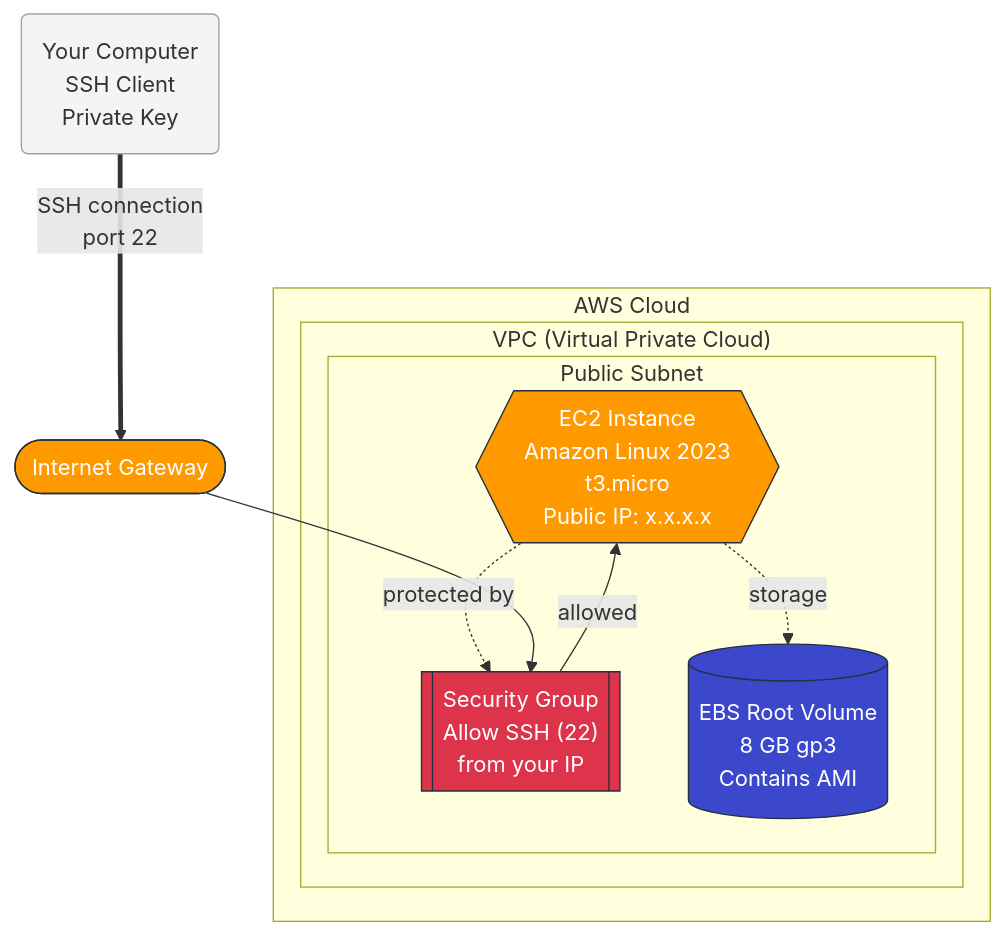
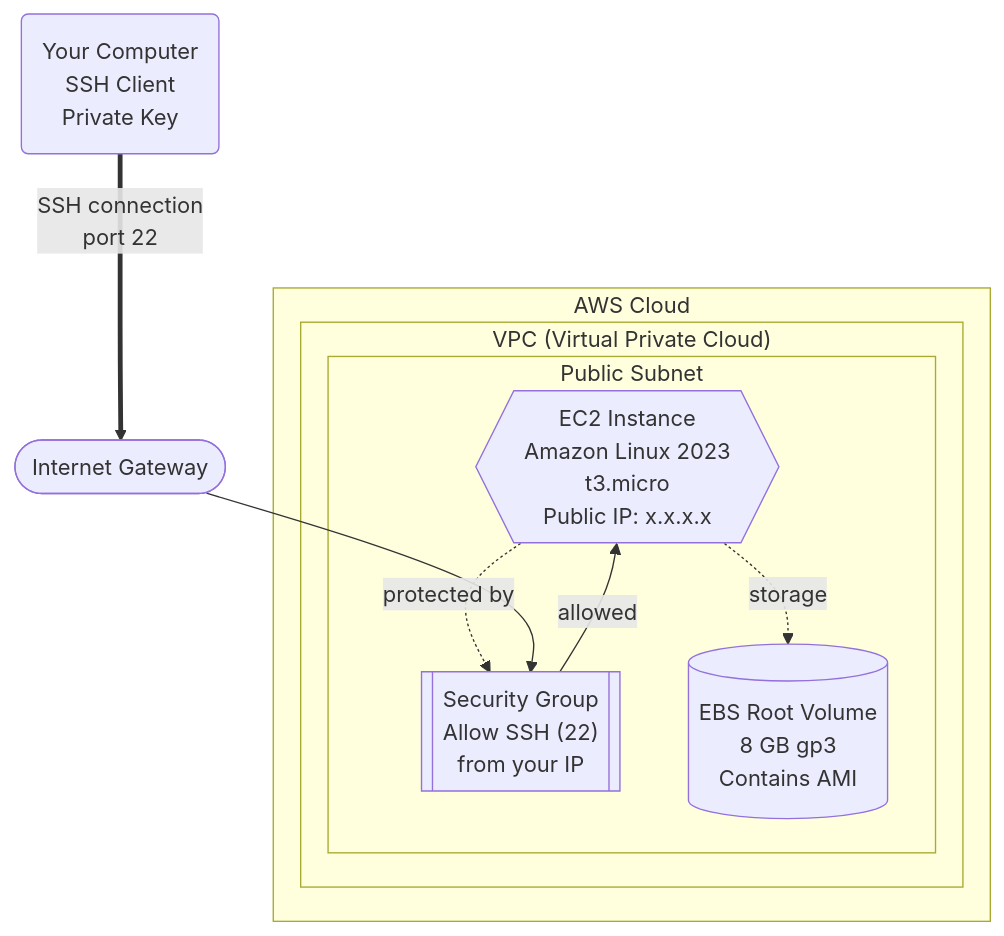
The first of 2 diagrams in 02-compute-ec2-basics/README.md (gamaware/system-design-course), drawn with Mermaid before and after one commit. The commit also changed 6 other files, not shown here.

Commit message:
fix: remove inline colors to respect beautiful-mermaid theme

````diff
--- a/02-compute-ec2-basics/README.md
+++ b/02-compute-ec2-basics/README.md
@@ -140,36 +140,25 @@
 ```mermaid
 graph TB
     subgraph aws_cloud ["AWS Cloud"]
         subgraph vpc ["VPC (Virtual Private Cloud)"]
             subgraph public_subnet ["Public Subnet"]
                 EC2{{"EC2 Instance<br>Amazon Linux 2023<br>t3.micro<br>Public IP: x.x.x.x"}}
                 SG[["Security Group<br>Allow SSH (22)<br>from your IP"]]
                 EBS[("EBS Root Volume<br>8 GB gp3<br>Contains AMI")]
 
                 EC2 -.->|"protected by"| SG
                 EC2 -.->|"storage"| EBS
             end
         end
     end
 
     %% External actors
     User("Your Computer<br>SSH Client<br>Private Key")
     Internet(["Internet Gateway"])
 
     %% Connection flow
     User ==>|"SSH connection<br>port 22"| Internet
     Internet --> SG
     SG -->|"allowed"| EC2
 
-    %% Class definitions
-    classDef aws fill:#ff9900,stroke:#232f3e,color:#fff
-    classDef security fill:#DD344C,stroke:#232f3e,color:#fff
-    classDef db fill:#3b48cc,stroke:#232f3e,color:#fff
-    classDef user fill:#f4f4f5,stroke:#a1a1aa
-
-    class EC2 aws
-    class SG security
-    class EBS db
-    class User user
-    class Internet aws
 ```
````
